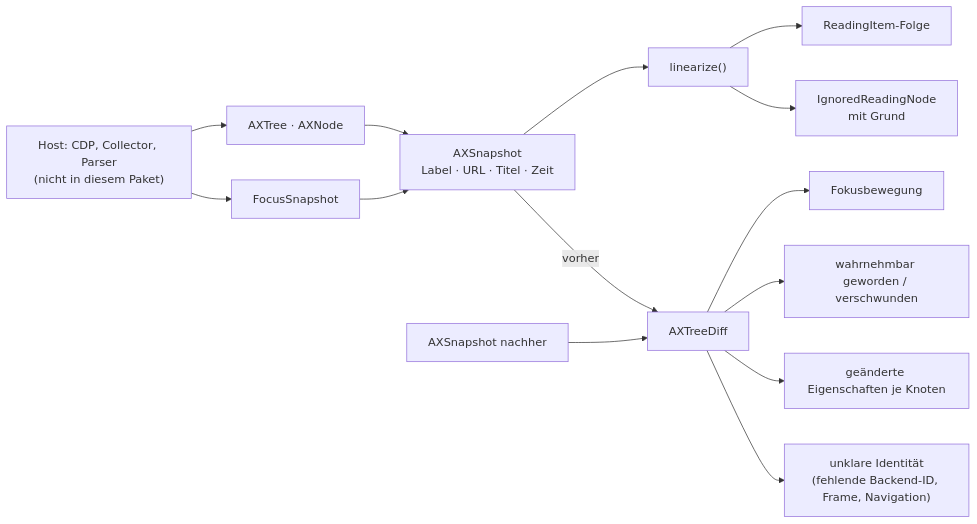
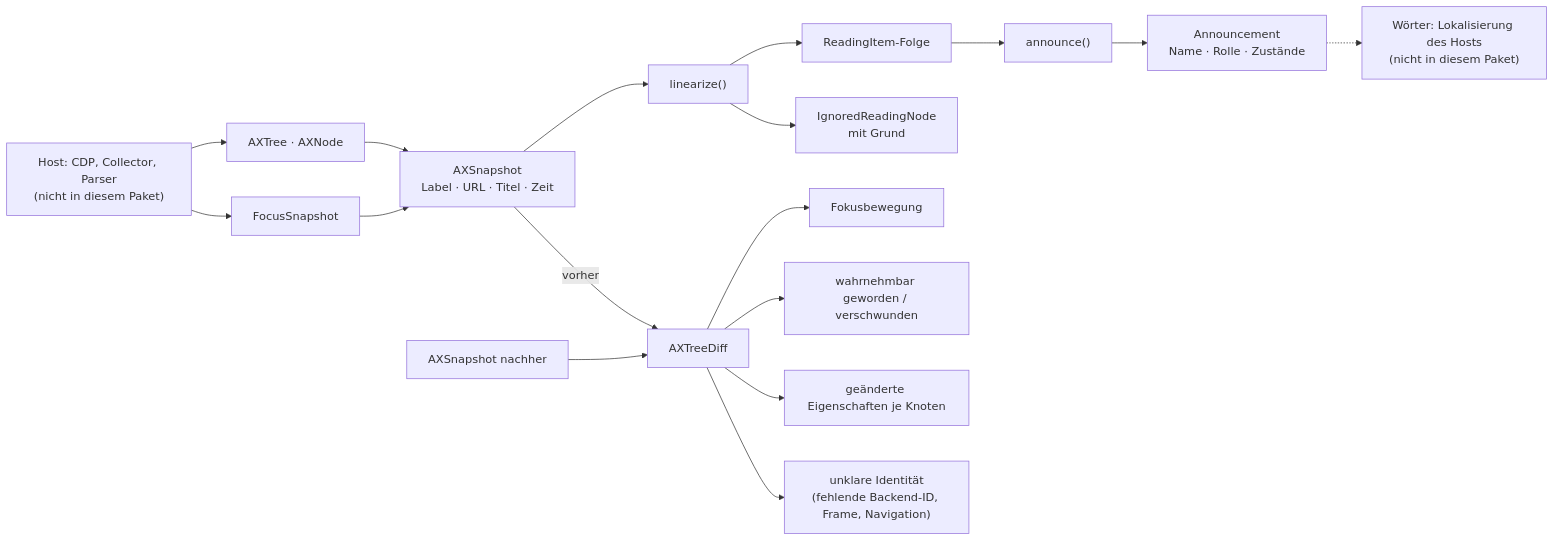
One commit to casoon/barrierlab changed the diagram in docs/packages/a11y-perception.md. Above: the diagram before and after it, drawn with Mermaid. The commit also changed other lines of this file and 5 other files, not shown here.

````diff
--- a/docs/packages/a11y-perception.md
+++ b/docs/packages/a11y-perception.md
@@ -23,15 +26,18 @@
 ```mermaid
 flowchart LR
   host["Host: CDP, Collector, Parser\n(nicht in diesem Paket)"] --> tree["AXTree · AXNode"]
   host --> focus["FocusSnapshot"]
   tree & focus --> snap["AXSnapshot\nLabel · URL · Titel · Zeit"]
   snap --> lin["linearize()"]
   lin --> ri["ReadingItem-Folge"]
   lin --> ign["IgnoredReadingNode\nmit Grund"]
+  ri --> ann["announce()"]
+  ann --> parts["Announcement\nName · Rolle · Zustände"]
+  parts -.-> words["Wörter: Lokalisierung des Hosts\n(nicht in diesem Paket)"]
   snap -- vorher --> diff["AXTreeDiff"]
   snap2["AXSnapshot nachher"] --> diff
   diff --> fm["Fokusbewegung"]
   diff --> add["wahrnehmbar geworden / verschwunden"]
   diff --> chg["geänderte Eigenschaften je Knoten"]
   diff --> unk["unklare Identität\n(fehlende Backend-ID, Frame, Navigation)"]
 ```
````
